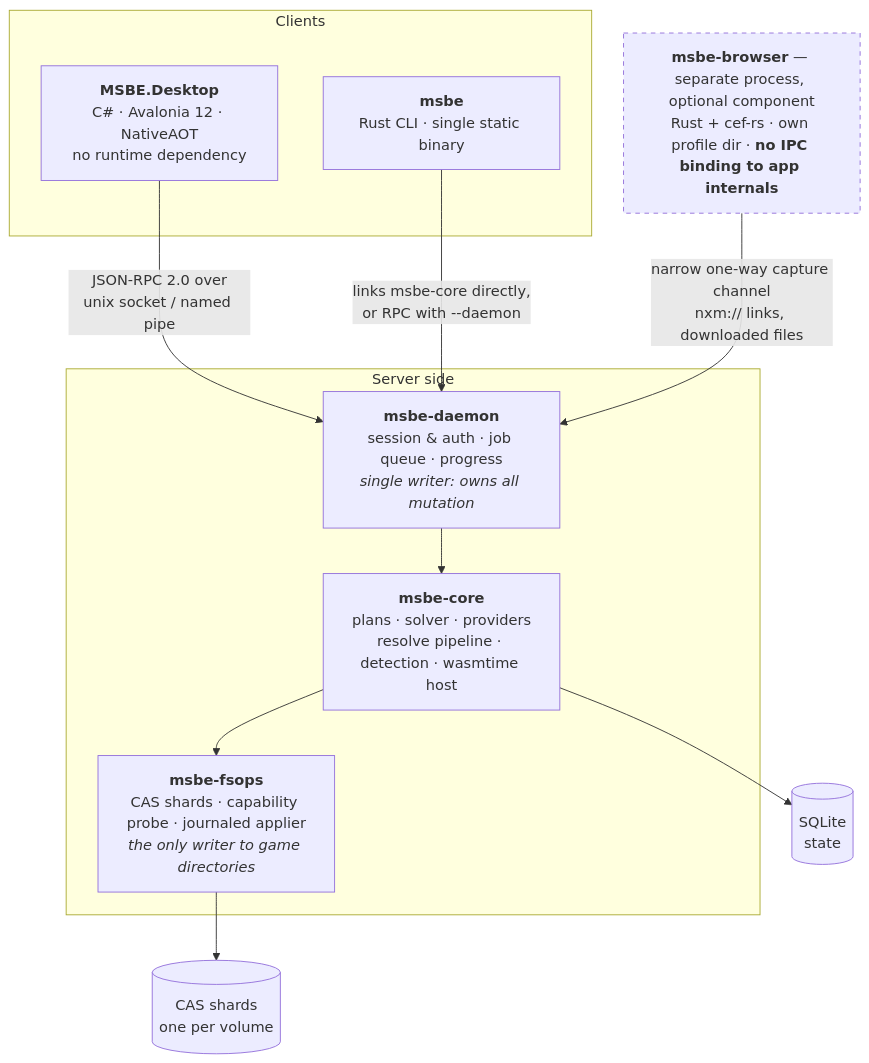
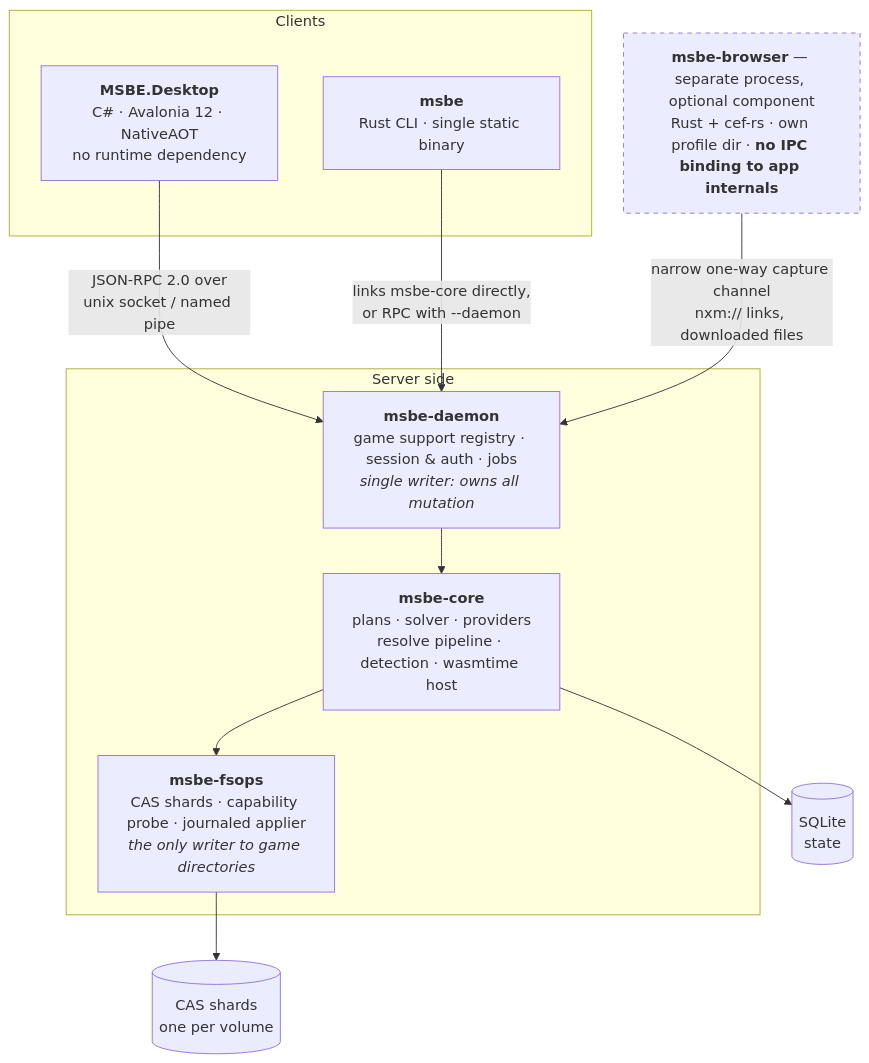
The diagram in docs/03-architecture.md (5EUS/MSBE), drawn with Mermaid before and after one commit. The commit also changed other lines of this file and 45 other files, not shown here.

````diff
--- a/docs/03-architecture.md
+++ b/docs/03-architecture.md
@@ -5,26 +5,26 @@
 ```mermaid
 flowchart TB
   subgraph Clients
     UI["<b>MSBE.Desktop</b><br/>C# · Avalonia 12 · NativeAOT<br/>no runtime dependency"]
     CLI["<b>msbe</b><br/>Rust CLI · single static binary"]
   end
 
   UI -->|"JSON-RPC 2.0 over<br/>unix socket / named pipe"| D
   CLI -->|"links msbe-core directly,<br/>or RPC with --daemon"| D
 
   subgraph Server["Server side"]
-    D["<b>msbe-daemon</b><br/>session &amp; auth · job queue · progress<br/><i>single writer: owns all mutation</i>"]
+    D["<b>msbe-daemon</b><br/>game support registry · session &amp; auth · jobs<br/><i>single writer: owns all mutation</i>"]
     C["<b>msbe-core</b><br/>plans · solver · providers<br/>resolve pipeline · detection · wasmtime host"]
     F["<b>msbe-fsops</b><br/>CAS shards · capability probe · journaled applier<br/><i>the only writer to game directories</i>"]
     D --> C
     C --> F
   end
 
   C --> DB[("SQLite<br/>state")]
   F --> CAS[("CAS shards<br/>one per volume")]
 
   B["<b>msbe-browser</b> — separate process, optional component<br/>Rust + cef-rs · own profile dir · <b>no IPC binding to app internals</b>"]
   B -->|"narrow one-way capture channel<br/>nxm:// links, downloaded files"| D
 
   style B stroke-dasharray: 5 5
 ```
````
